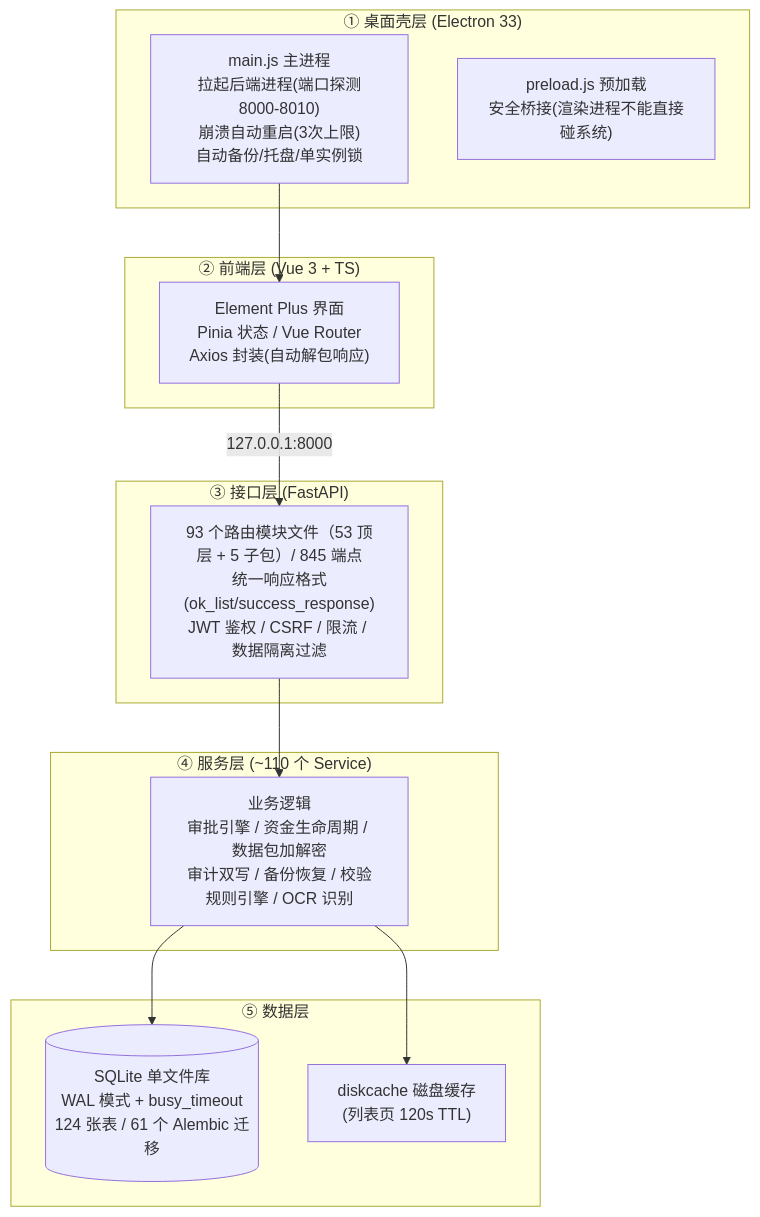
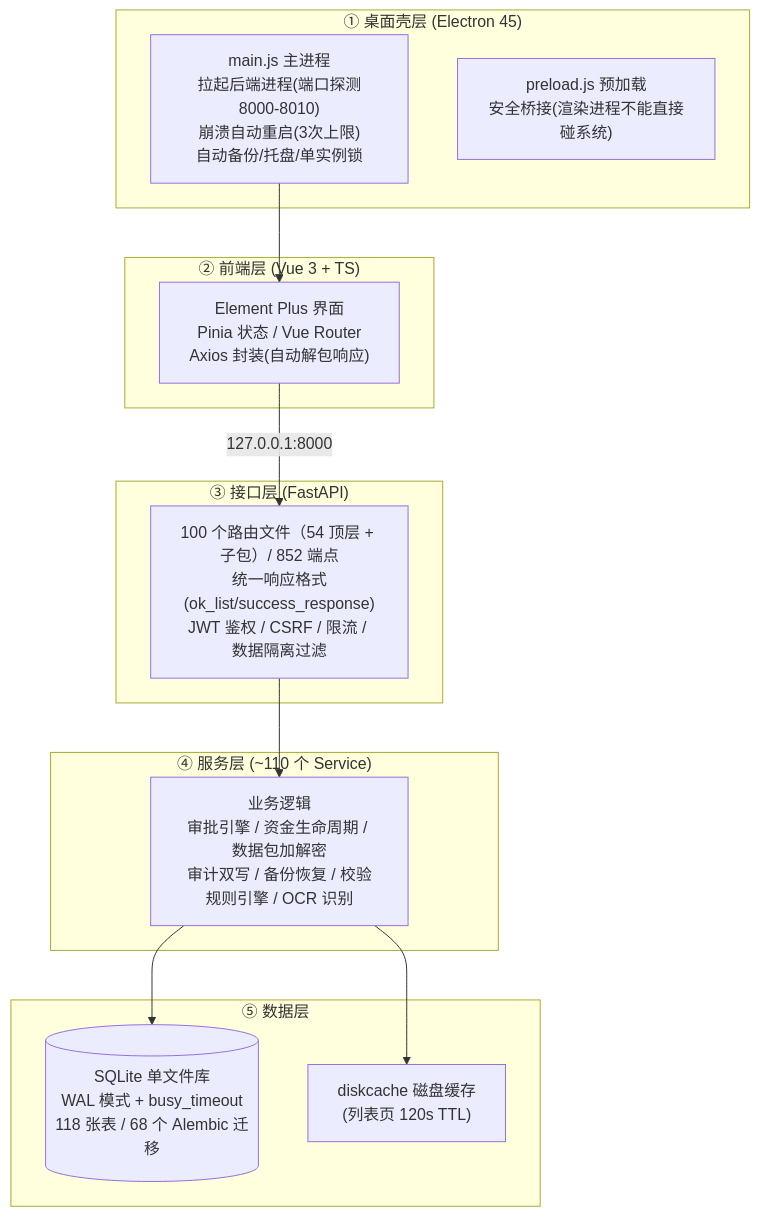
Before and after one commit to lzh745200/MRRS: the diagram in docs/03-开发文档/01-架构设计/系统架构说明.md, drawn with Mermaid. The commit also changed other lines of this file and 24 other files, not shown here.

````diff
--- a/docs/03-开发文档/01-架构设计/系统架构说明.md
+++ b/docs/03-开发文档/01-架构设计/系统架构说明.md
@@ -17,25 +17,25 @@
 ```mermaid
 graph TB
-    subgraph L1["① 桌面壳层 (Electron 33)"]
+    subgraph L1["① 桌面壳层 (Electron 45)"]
         MAIN["main.js 主进程<br/>拉起后端进程(端口探测8000-8010)<br/>崩溃自动重启(3次上限)<br/>自动备份/托盘/单实例锁"]
         PRE["preload.js 预加载<br/>安全桥接(渲染进程不能直接碰系统)"]
     end
     subgraph L2["② 前端层 (Vue 3 + TS)"]
         FE["Element Plus 界面<br/>Pinia 状态 / Vue Router<br/>Axios 封装(自动解包响应)"]
     end
     subgraph L3["③ 接口层 (FastAPI)"]
-        API["93 个路由模块文件（53 顶层 + 5 子包）/ 845 端点<br/>统一响应格式(ok_list/success_response)<br/>JWT 鉴权 / CSRF / 限流 / 数据隔离过滤"]
+        API["100 个路由文件（54 顶层 + 子包）/ 852 端点<br/>统一响应格式(ok_list/success_response)<br/>JWT 鉴权 / CSRF / 限流 / 数据隔离过滤"]
     end
     subgraph L4["④ 服务层 (~110 个 Service)"]
         SVC["业务逻辑<br/>审批引擎 / 资金生命周期 / 数据包加解密<br/>审计双写 / 备份恢复 / 校验规则引擎 / OCR 识别"]
     end
     subgraph L5["⑤ 数据层"]
-        DB[("SQLite 单文件库<br/>WAL 模式 + busy_timeout<br/>124 张表 / 61 个 Alembic 迁移")]
+        DB[("SQLite 单文件库<br/>WAL 模式 + busy_timeout<br/>118 张表 / 68 个 Alembic 迁移")]
         CACHE["diskcache 磁盘缓存<br/>(列表页 120s TTL)"]
     end
     MAIN --> FE
     FE -->|"127.0.0.1:8000"| API
     API --> SVC
     SVC --> DB
     SVC --> CACHE
 ```
````
